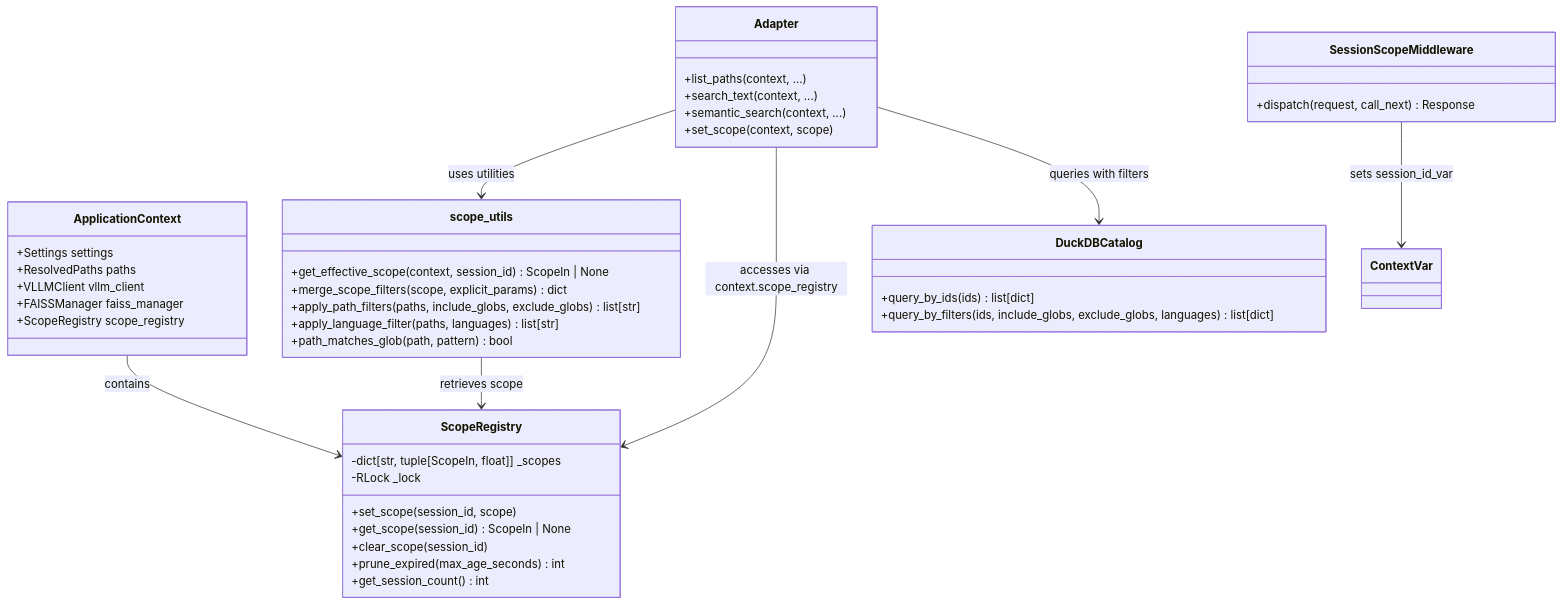
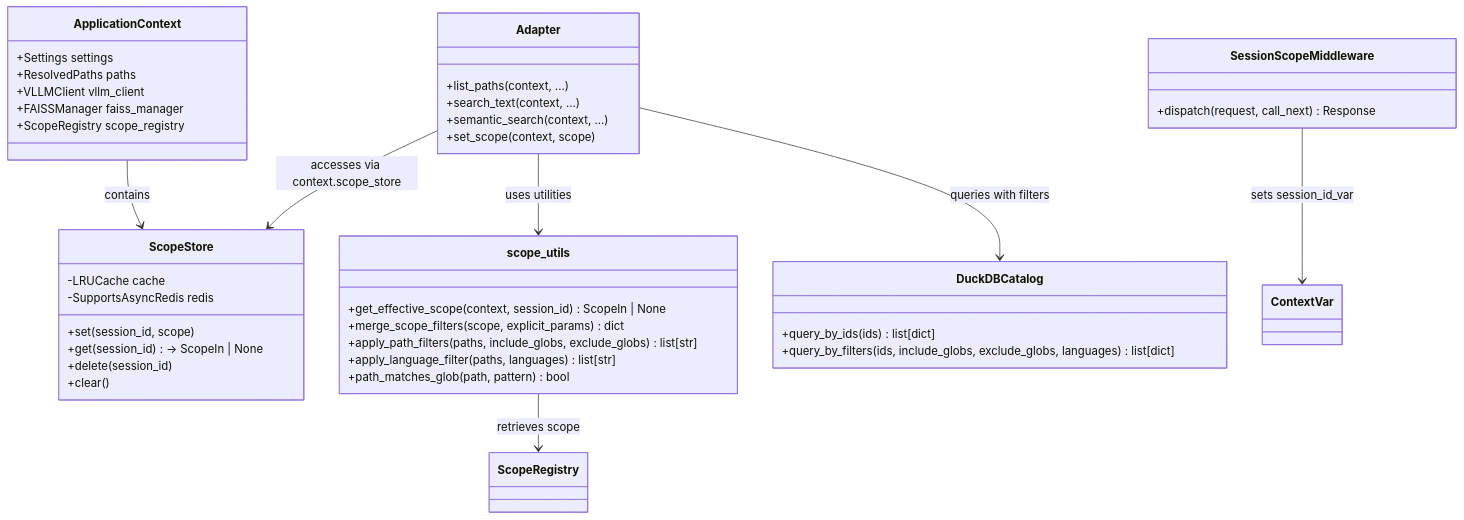
Before and after one commit to paul-heyse/kgforge: the second of 7 diagrams in codeintel_rev/docs/architecture/scope-management.md, drawn with Mermaid. The commit also changed other lines of this file and 31 other files, not shown here.

````diff
--- a/codeintel_rev/docs/architecture/scope-management.md
+++ b/codeintel_rev/docs/architecture/scope-management.md
@@ -131,51 +131,50 @@
 ```mermaid
 classDiagram
     class ApplicationContext {
         +Settings settings
         +ResolvedPaths paths
         +VLLMClient vllm_client
         +FAISSManager faiss_manager
         +ScopeRegistry scope_registry
     }
     
-    class ScopeRegistry {
-        -dict[str, tuple[ScopeIn, float]] _scopes
-        -RLock _lock
-        +set_scope(session_id, scope)
-        +get_scope(session_id) ScopeIn | None
-        +clear_scope(session_id)
-        +prune_expired(max_age_seconds) int
-        +get_session_count() int
+    class ScopeStore {
+        -LRUCache cache
+        -SupportsAsyncRedis redis
+        +set(session_id, scope)
+        +get(session_id) -> ScopeIn | None
+        +delete(session_id)
+        +clear()
     }
     
     class SessionScopeMiddleware {
         +dispatch(request, call_next) Response
     }
     
     class scope_utils {
         +get_effective_scope(context, session_id) ScopeIn | None
         +merge_scope_filters(scope, explicit_params) dict
         +apply_path_filters(paths, include_globs, exclude_globs) list[str]
         +apply_language_filter(paths, languages) list[str]
         +path_matches_glob(path, pattern) bool
     }
     
     class DuckDBCatalog {
         +query_by_ids(ids) list[dict]
         +query_by_filters(ids, include_globs, exclude_globs, languages) list[dict]
     }
     
     class Adapter {
         +list_paths(context, ...)
         +search_text(context, ...)
         +semantic_search(context, ...)
         +set_scope(context, scope)
     }
     
-    ApplicationContext --> ScopeRegistry : contains
+    ApplicationContext --> ScopeStore : contains
     SessionScopeMiddleware --> ContextVar : sets session_id_var
     Adapter --> scope_utils : uses utilities
-    Adapter --> ScopeRegistry : accesses via context.scope_registry
+    Adapter --> ScopeStore : accesses via context.scope_store
     Adapter --> DuckDBCatalog : queries with filters
     scope_utils --> ScopeRegistry : retrieves scope
 ```
````
